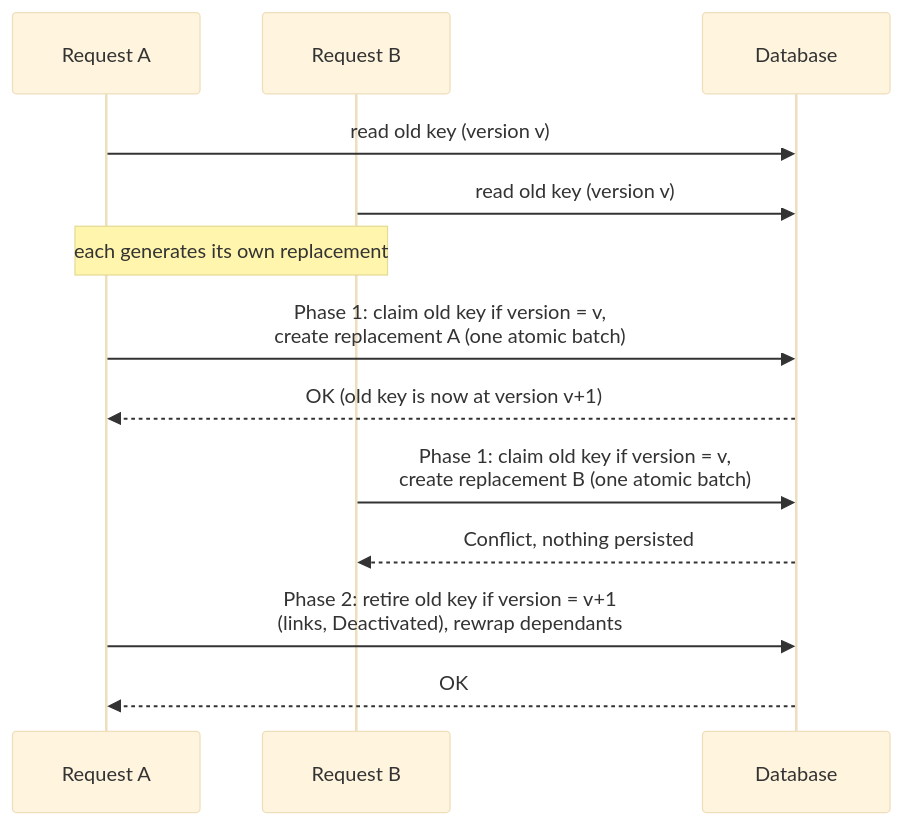
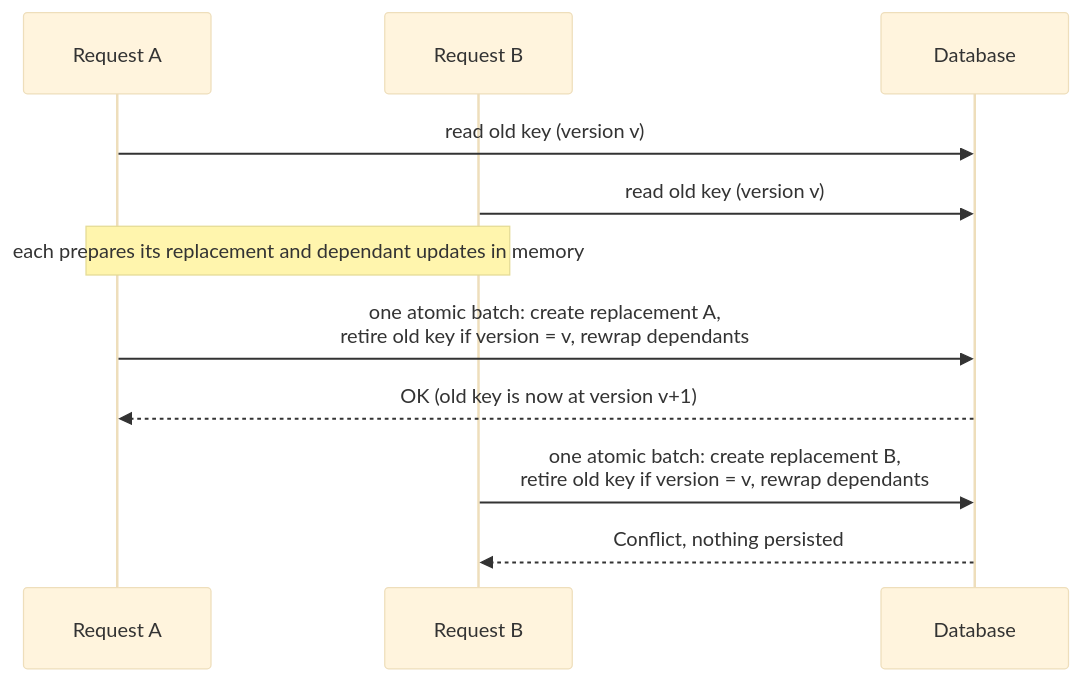
One commit to Cosmian/kms changed the diagram in documentation/docs/kmip_support/key_rotation/concurrent_rekey.md. Above: the diagram before and after it, drawn with Mermaid (base theme). The commit also changed other lines of this file and 3 other files, not shown here.

````diff
--- a/documentation/docs/kmip_support/key_rotation/concurrent_rekey.md
+++ b/documentation/docs/kmip_support/key_rotation/concurrent_rekey.md
@@ -37,16 +37,14 @@
 ```mermaid
 sequenceDiagram
     participant A as Request A
     participant B as Request B
     participant DB as Database
 
     A->>DB: read old key (version v)
     B->>DB: read old key (version v)
-    Note over A,B: each generates its own replacement
-    A->>DB: Phase 1: claim old key if version = v,<br/>create replacement A (one atomic batch)
+    Note over A,B: each prepares its replacement and dependant updates in memory
+    A->>DB: one atomic batch: create replacement A,<br/>retire old key if version = v, rewrap dependants
     DB-->>A: OK (old key is now at version v+1)
-    B->>DB: Phase 1: claim old key if version = v,<br/>create replacement B (one atomic batch)
+    B->>DB: one atomic batch: create replacement B,<br/>retire old key if version = v, rewrap dependants
     DB-->>B: Conflict, nothing persisted
-    A->>DB: Phase 2: retire old key if version = v+1<br/>(links, Deactivated), rewrap dependants
-    DB-->>A: OK
 ```
````
